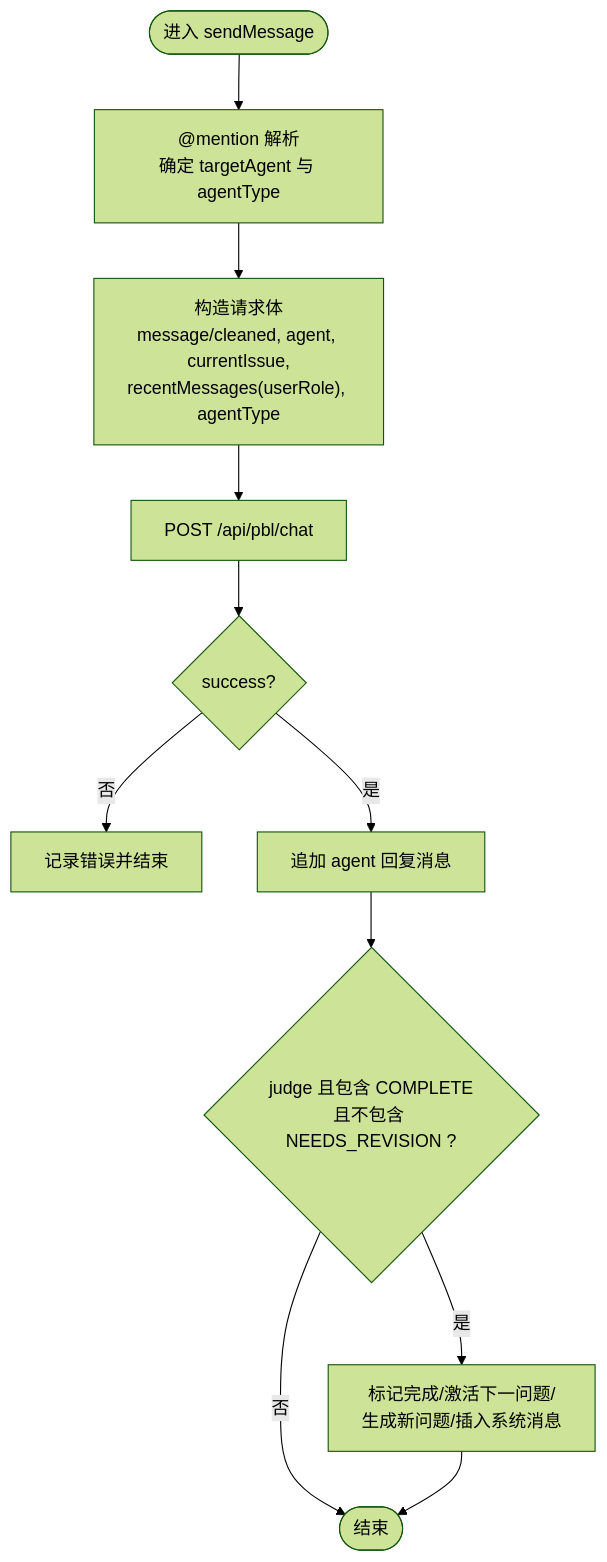
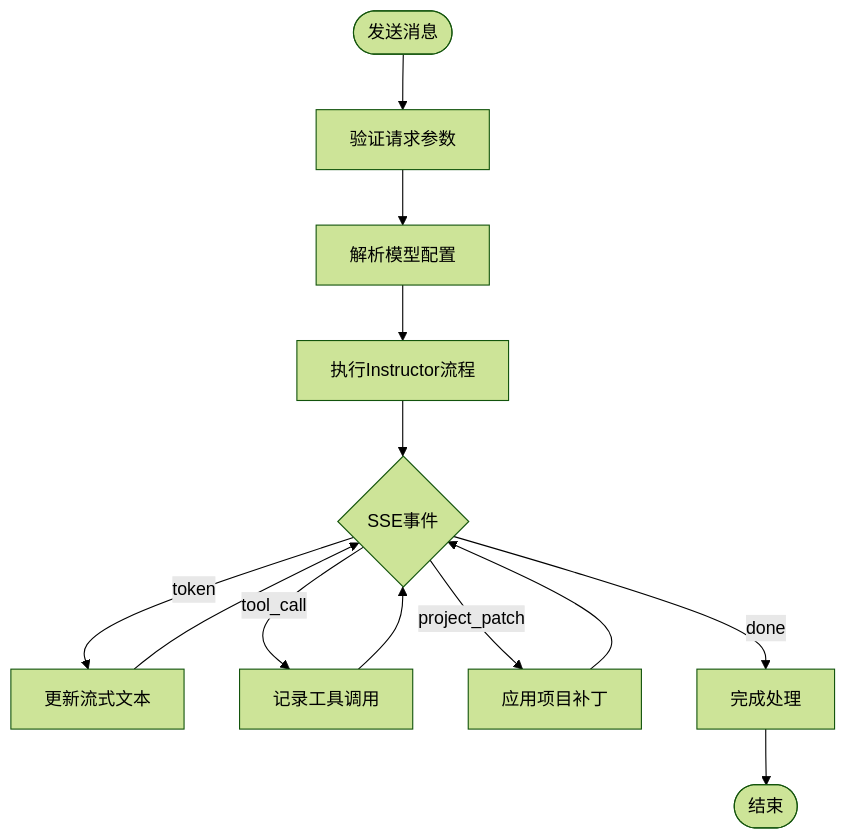
The second of 4 diagrams in .qoder/repowiki/zh/content/API 接口参考/PBL 学习 API/PBL 聊天 API.md (huangboheng/OpenMAIC), drawn with Mermaid (forest theme) before and after one commit. The commit also changed other lines of this file and 23 other files, not shown here.

````diff
--- a/.qoder/repowiki/zh/content/API 接口参考/PBL 学习 API/PBL 聊天 API.md
+++ b/.qoder/repowiki/zh/content/API 接口参考/PBL 学习 API/PBL 聊天 API.md
@@ -100,13 +99,15 @@
 ```mermaid
 flowchart TD
-Start(["进入 sendMessage"]) --> Parse["@mention 解析<br/>确定 targetAgent 与 agentType"]
-Parse --> BuildReq["构造请求体<br/>message/cleaned, agent, currentIssue,<br/>recentMessages(userRole), agentType"]
-BuildReq --> CallAPI["POST /api/pbl/chat"]
-CallAPI --> Resp{"success?"}
-Resp --> |否| HandleErr["记录错误并结束"]
-Resp --> |是| AppendMsg["追加 agent 回复消息"]
-AppendMsg --> JudgeCheck{"judge 且包含 COMPLETE<br/>且不包含 NEEDS_REVISION ?"}
-JudgeCheck --> |是| CompleteFlow["标记完成/激活下一问题/<br/>生成新问题/插入系统消息"]
-JudgeCheck --> |否| End(["结束"])
-CompleteFlow --> End
+Start(["发送消息"]) --> Validate["验证请求参数"]
+Validate --> ResolveModel["解析模型配置"]
+ResolveModel --> Execute["执行Instructor流程"]
+Execute --> Stream{"SSE事件"}
+Stream --> |token| UpdateText["更新流式文本"]
+Stream --> |tool_call| RecordTool["记录工具调用"]
+Stream --> |project_patch| ApplyPatch["应用项目补丁"]
+Stream --> |done| Complete["完成处理"]
+UpdateText --> Stream
+RecordTool --> Stream
+ApplyPatch --> Stream
+Complete --> End(["结束"])
 ```
````
